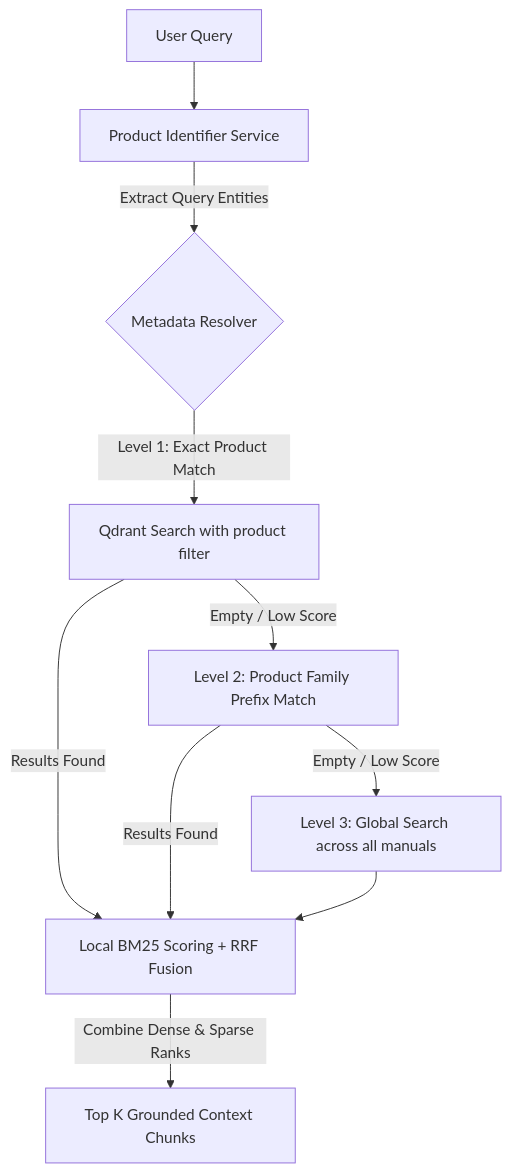
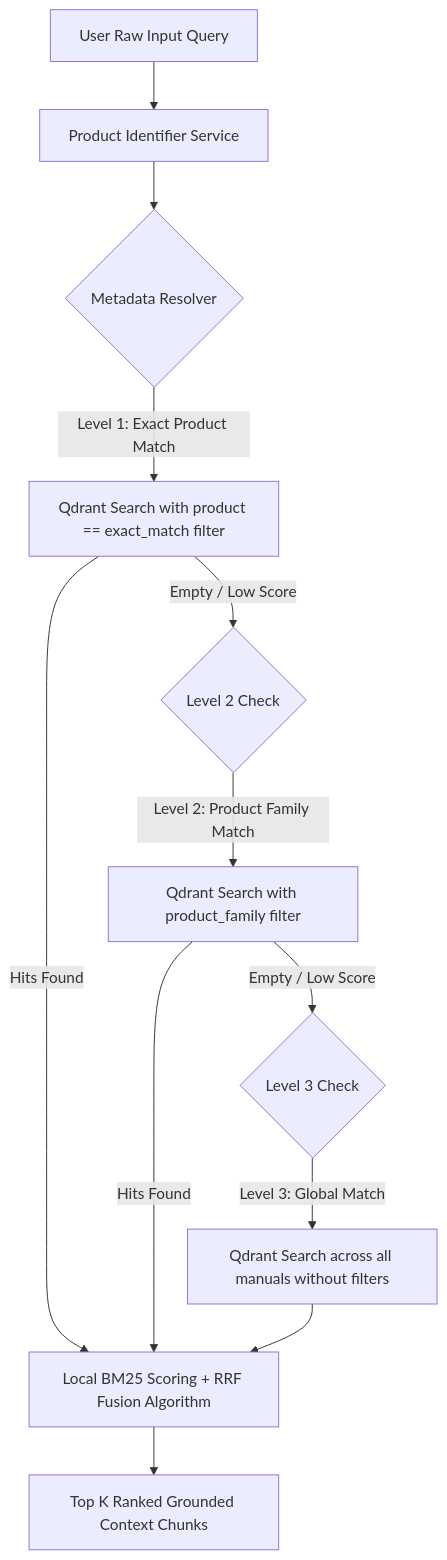
Before and after one commit to Santhosh-p653/rag-multimodal-assistant: the second of 7 diagrams in architecture.md, drawn with Mermaid. The commit also changed other lines of this file and 2 other files, not shown here.

````diff
--- a/architecture.md
+++ b/architecture.md
@@ -52,15 +109,19 @@
 ```mermaid
 graph TD
-    A[User Query] --> B[Product Identifier Service]
-    B -->|Extract Query Entities| C{Metadata Resolver}
+    Query[User Raw Input Query] --> EntityExtractor[Product Identifier Service]
+    EntityExtractor --> Resolver{Metadata Resolver}
     
-    C -->|Level 1: Exact Product Match| D[Qdrant Search with product filter]
-    D -->|Empty / Low Score| E[Level 2: Product Family Prefix Match]
-    E -->|Empty / Low Score| F[Level 3: Global Search across all manuals]
+    Resolver -->|Level 1: Exact Product Match| QdrantL1[Qdrant Search with product == exact_match filter]
+    QdrantL1 -->|Empty / Low Score| ResolverL2{Level 2 Check}
     
-    D -->|Results Found| G[Local BM25 Scoring + RRF Fusion]
-    E -->|Results Found| G
-    F --> G
+    ResolverL2 -->|Level 2: Product Family Match| QdrantL2[Qdrant Search with product_family filter]
+    QdrantL2 -->|Empty / Low Score| ResolverL3{Level 3 Check}
     
-    G -->|Combine Dense & Sparse Ranks| H[Top K Grounded Context Chunks]
+    ResolverL3 -->|Level 3: Global Match| QdrantL3[Qdrant Search across all manuals without filters]
+    
+    QdrantL1 -->|Hits Found| RankFusion[Local BM25 Scoring + RRF Fusion Algorithm]
+    QdrantL2 -->|Hits Found| RankFusion
+    QdrantL3 --> RankFusion
+    
+    RankFusion --> GroundedChunks[Top K Ranked Grounded Context Chunks]
 ```
````
